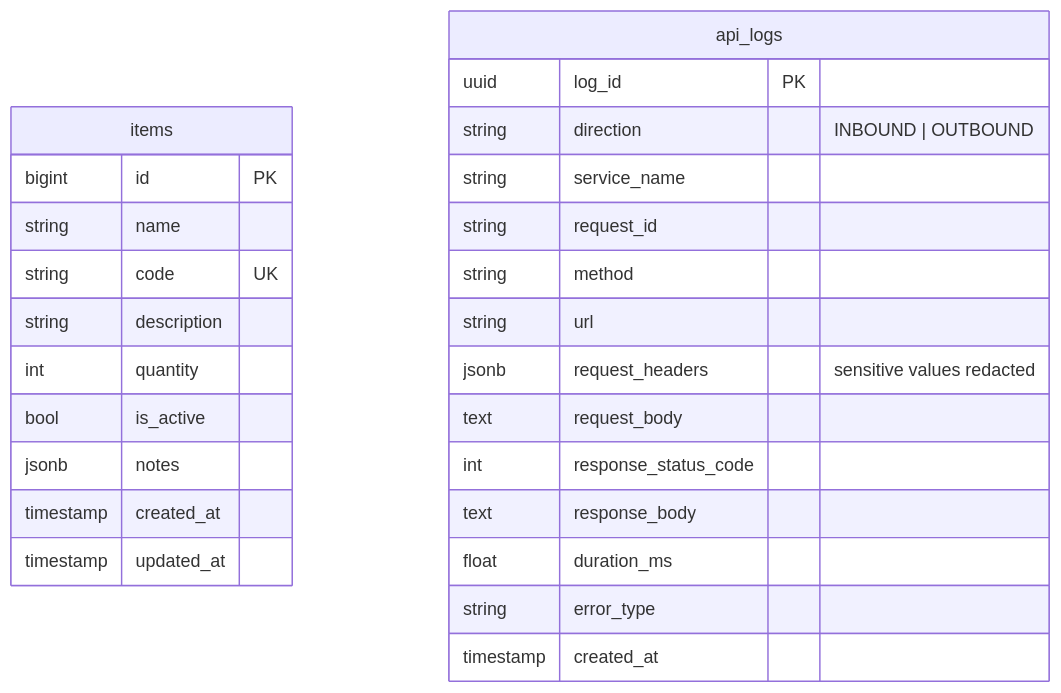
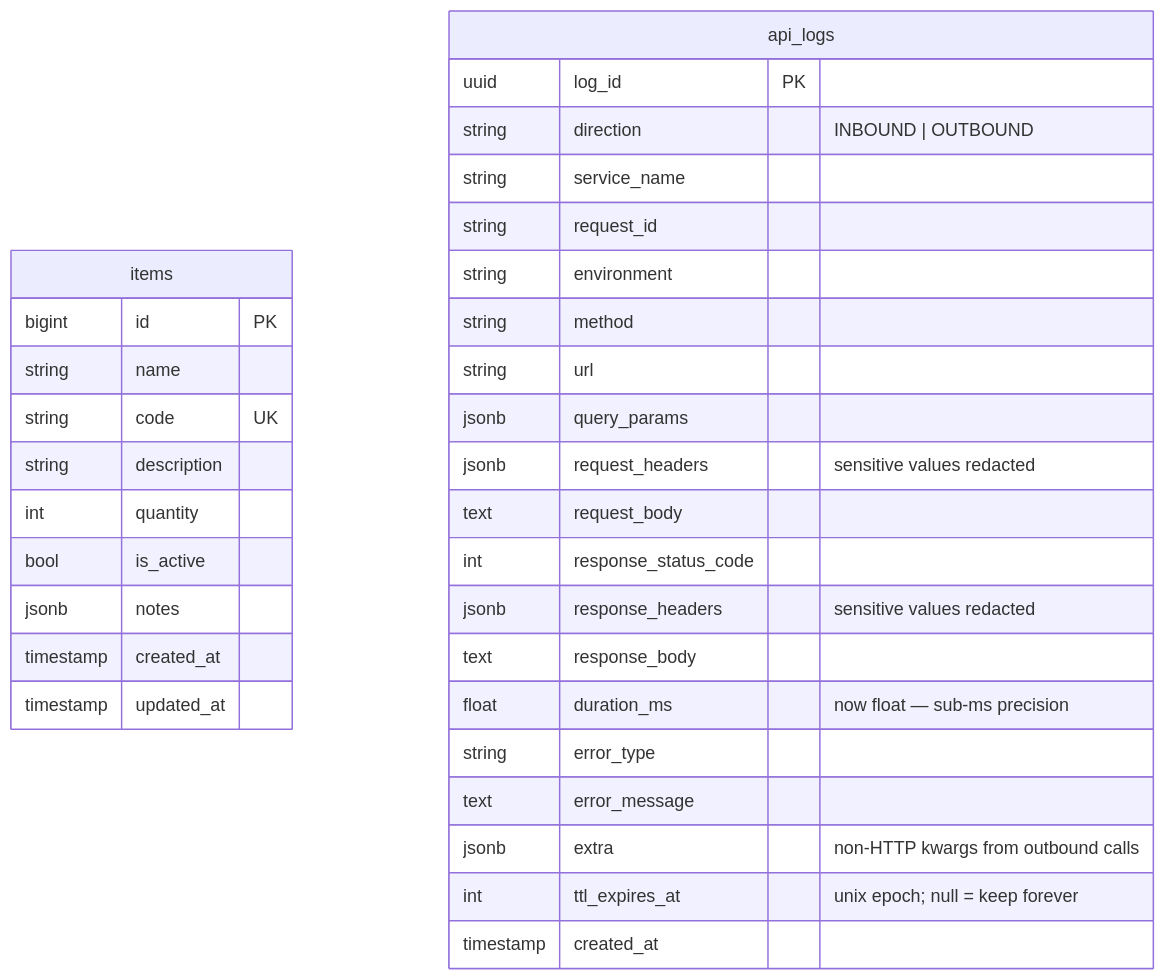
Before and after one commit to prajwalmahajan101/fastapi_boilerplate: the diagram in docs/erd.md, drawn with Mermaid. The commit also changed other lines of this file and 15 other files, not shown here.

````diff
--- a/docs/erd.md
+++ b/docs/erd.md
@@ -7,30 +7,36 @@
 ```mermaid
 erDiagram
     items {
         bigint   id PK
         string   name
         string   code UK
         string   description
         int      quantity
         bool     is_active
         jsonb    notes
         timestamp created_at
         timestamp updated_at
     }
 
     api_logs {
         uuid     log_id PK
         string   direction "INBOUND | OUTBOUND"
         string   service_name
         string   request_id
+        string   environment
         string   method
         string   url
+        jsonb    query_params
         jsonb    request_headers "sensitive values redacted"
         text     request_body
         int      response_status_code
+        jsonb    response_headers "sensitive values redacted"
         text     response_body
-        float    duration_ms
+        float    duration_ms "now float — sub-ms precision"
         string   error_type
+        text     error_message
+        jsonb    extra "non-HTTP kwargs from outbound calls"
+        int      ttl_expires_at "unix epoch; null = keep forever"
         timestamp created_at
     }
 ```
````
